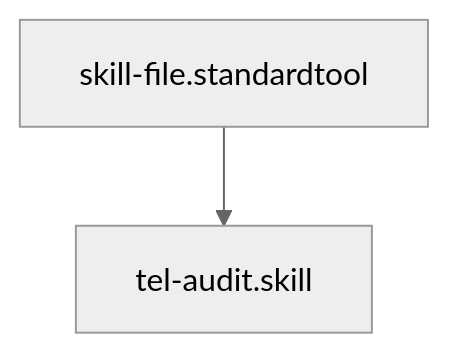
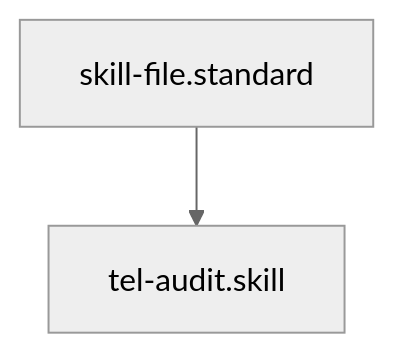
Before and after one commit to Gizmo4Life/ai-kernel: the diagram in skills/tel-audit.skill.md, drawn with Mermaid (neutral theme). The commit also changed other lines of this file and 89 other files, not shown here.

````diff
--- a/skills/tel-audit.skill.md
+++ b/skills/tel-audit.skill.md
@@ -27,4 +28,4 @@
 ```mermaid
 graph TD
-    skill-file.standardtool --> tel-audit.skill
+    skill-file.standard --> tel-audit.skill
 ```
````
